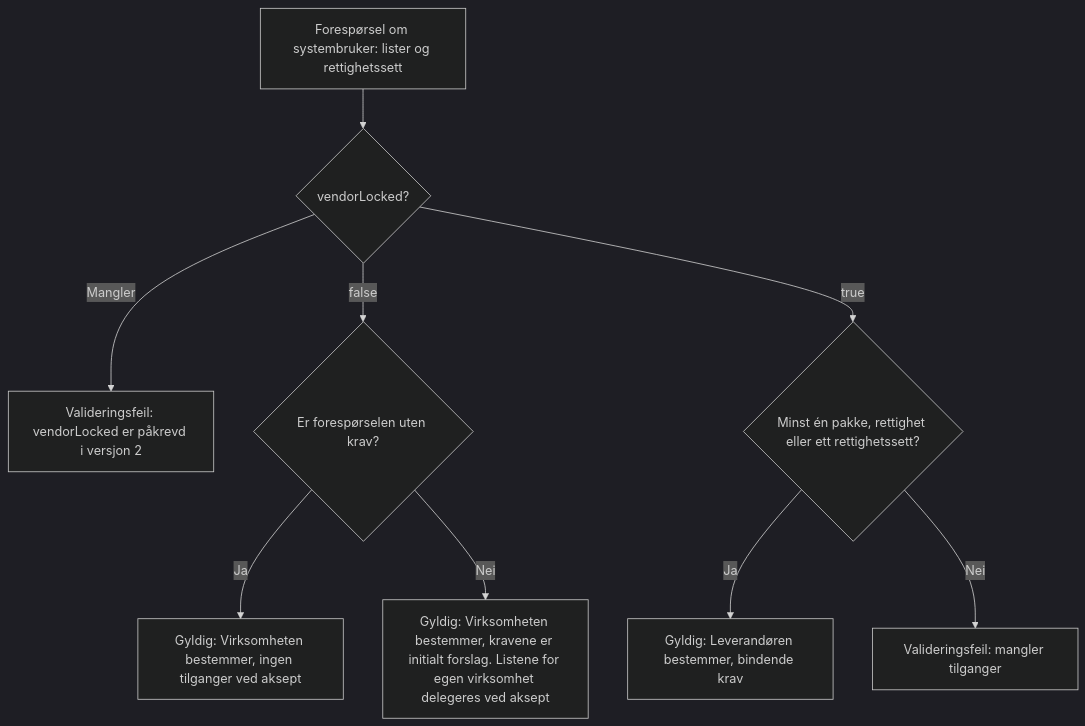
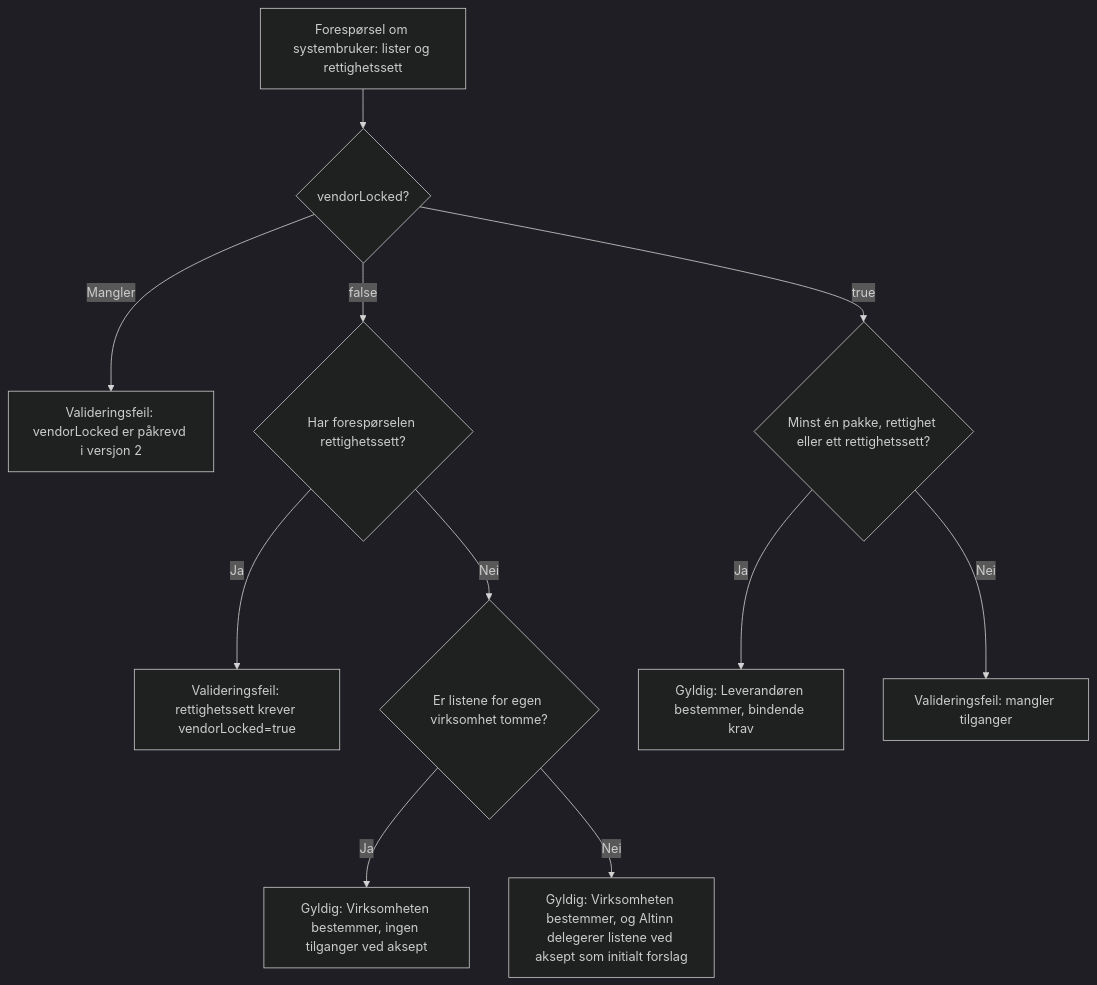
One commit to Altinn/altinn-studio-docs changed the second of 7 diagrams in content/authorization/guides/system-vendor/system-user/beslutningstre.nb.md. Above: the diagram before and after it, drawn with Mermaid (dark theme). The commit also changed other lines of this file and 29 other files, not shown here.

First line of the commit message:
Systembruker: én rad per rettighetssett, faste sett og skisser som i Access Management

```diff
--- a/content/authorization/guides/system-vendor/system-user/beslutningstre.nb.md
+++ b/content/authorization/guides/system-vendor/system-user/beslutningstre.nb.md
@@ -41,11 +41,13 @@
 {{< mermaid >}}
 graph TD
   REQUEST["Forespørsel om systembruker: lister og rettighetssett"] --> FLAG{"vendorLocked?"}
   FLAG -->|Mangler| ERROR1["Valideringsfeil: vendorLocked er påkrevd i versjon 2"]
-  FLAG -->|false| EMPTY{"Er forespørselen uten krav?"}
+  FLAG -->|false| SETS{"Har forespørselen rettighetssett?"}
+  SETS -->|Ja| ERROR3["Valideringsfeil: rettighetssett krever vendorLocked=true"]
+  SETS -->|Nei| EMPTY{"Er listene for egen virksomhet tomme?"}
   EMPTY -->|Ja| FREE["Gyldig: Virksomheten bestemmer, ingen tilganger ved aksept"]
-  EMPTY -->|Nei| PROPOSAL["Gyldig: Virksomheten bestemmer, kravene er initialt forslag. Listene for egen virksomhet delegeres ved aksept"]
+  EMPTY -->|Nei| PROPOSAL["Gyldig: Virksomheten bestemmer, og Altinn delegerer listene ved aksept som initialt forslag"]
   FLAG -->|true| CONTENT{"Minst én pakke, rettighet eller ett rettighetssett?"}
   CONTENT -->|Ja| PRESET["Gyldig: Leverandøren bestemmer, bindende krav"]
   CONTENT -->|Nei| ERROR2["Valideringsfeil: mangler tilganger"]
 {{< /mermaid >}}
```
